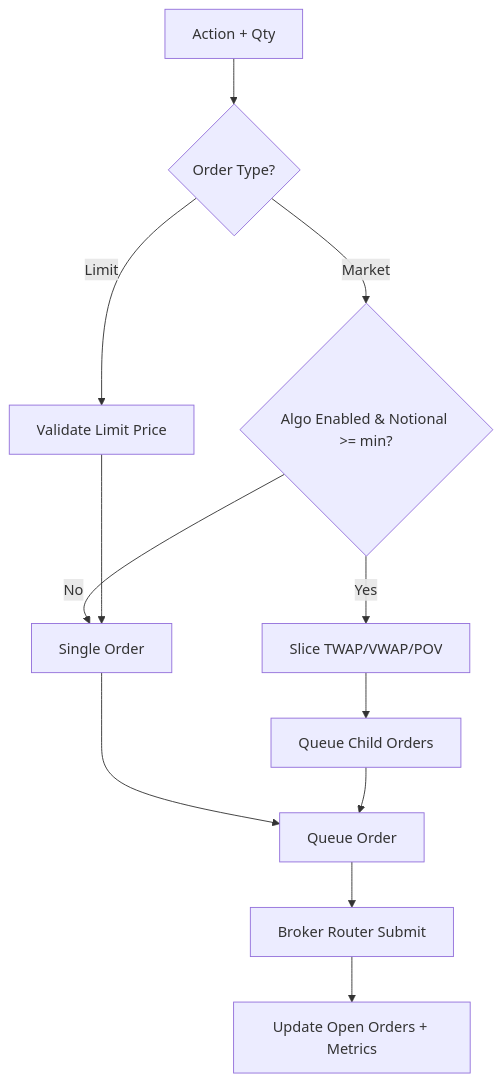
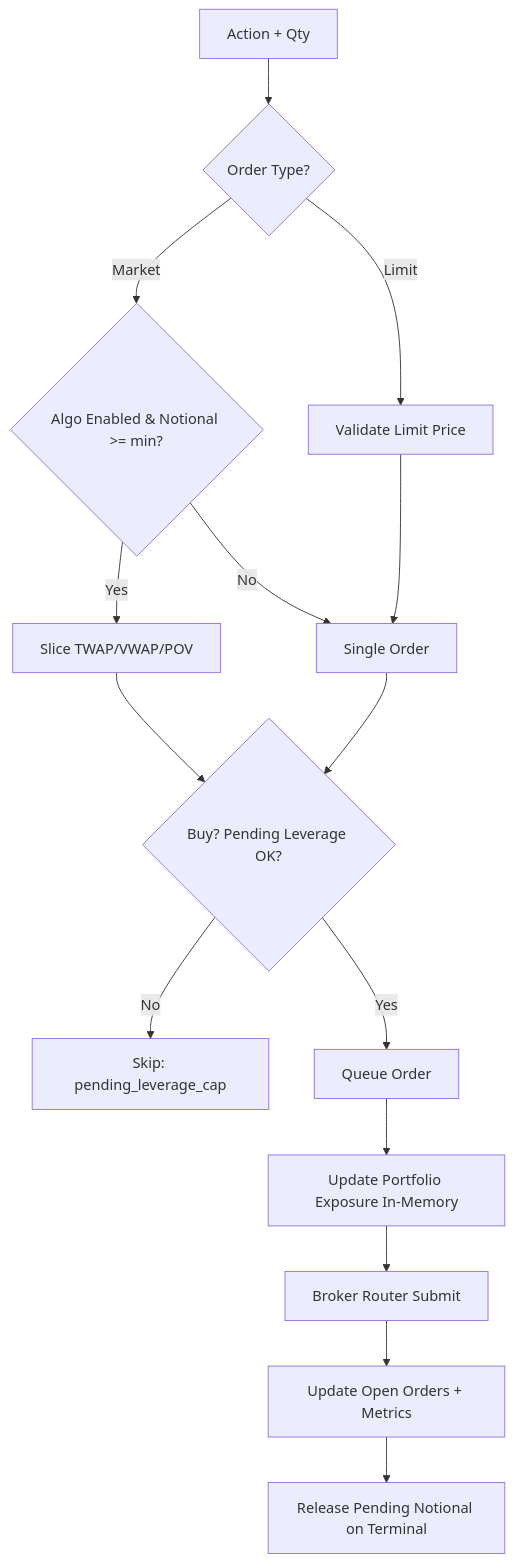
Before and after one commit to ilfrick/Fricktrade: the third of 5 diagrams in docs/flow_trading_agent.md, drawn with Mermaid. The commit also changed other lines of this file and 6 other files, not shown here.

````diff
--- a/docs/flow_trading_agent.md
+++ b/docs/flow_trading_agent.md
@@ -48,14 +48,17 @@
 ```mermaid
 flowchart TD
     A[Action + Qty] --> B{Order Type?}
     B -- Limit --> C[Validate Limit Price]
     B -- Market --> D{Algo Enabled & Notional >= min?}
     D -- Yes --> E[Slice TWAP/VWAP/POV]
     D -- No --> F[Single Order]
     C --> F
-    E --> G[Queue Child Orders]
-    F --> H[Queue Order]
-    G --> H
+    E --> PLC{Buy? Pending Leverage OK?}
+    F --> PLC
+    PLC -- No --> SKIP[Skip: pending_leverage_cap]
+    PLC -- Yes --> G[Queue Order]
+    G --> H[Update Portfolio Exposure In-Memory]
     H --> I[Broker Router Submit]
     I --> J[Update Open Orders + Metrics]
+    J --> K[Release Pending Notional on Terminal]
 ```
````
